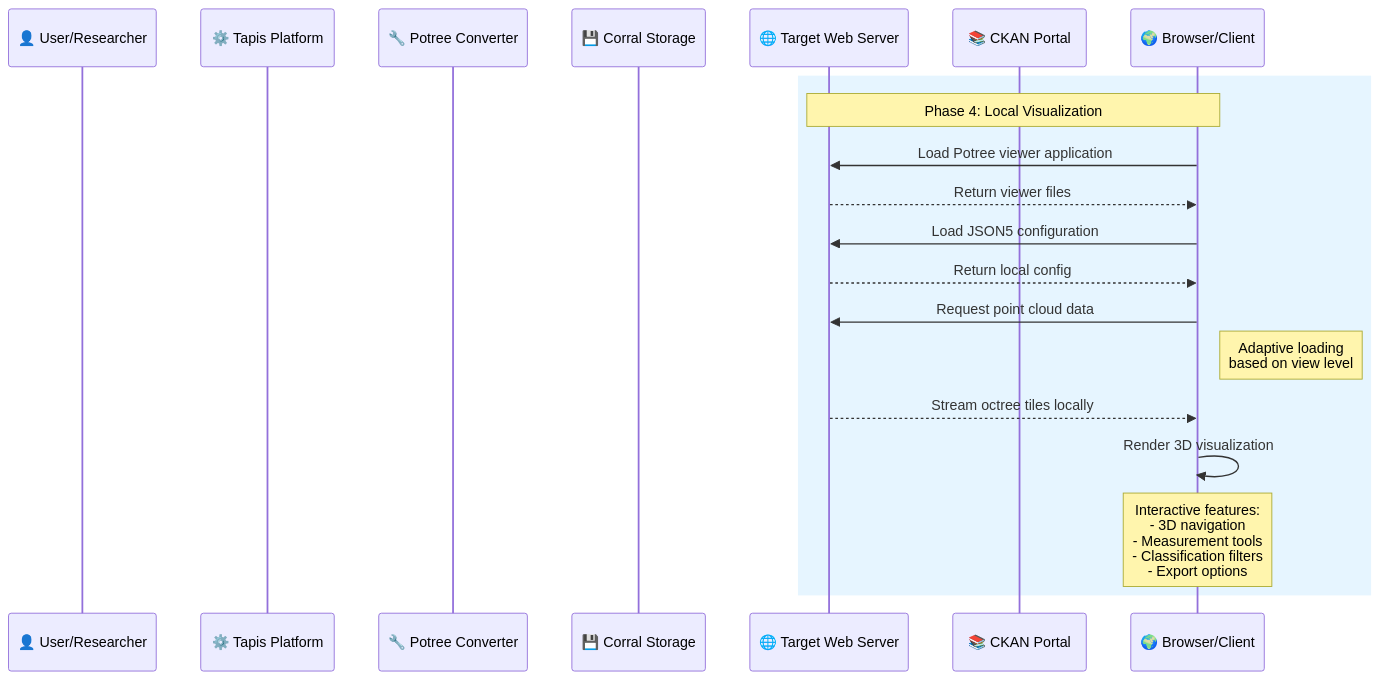
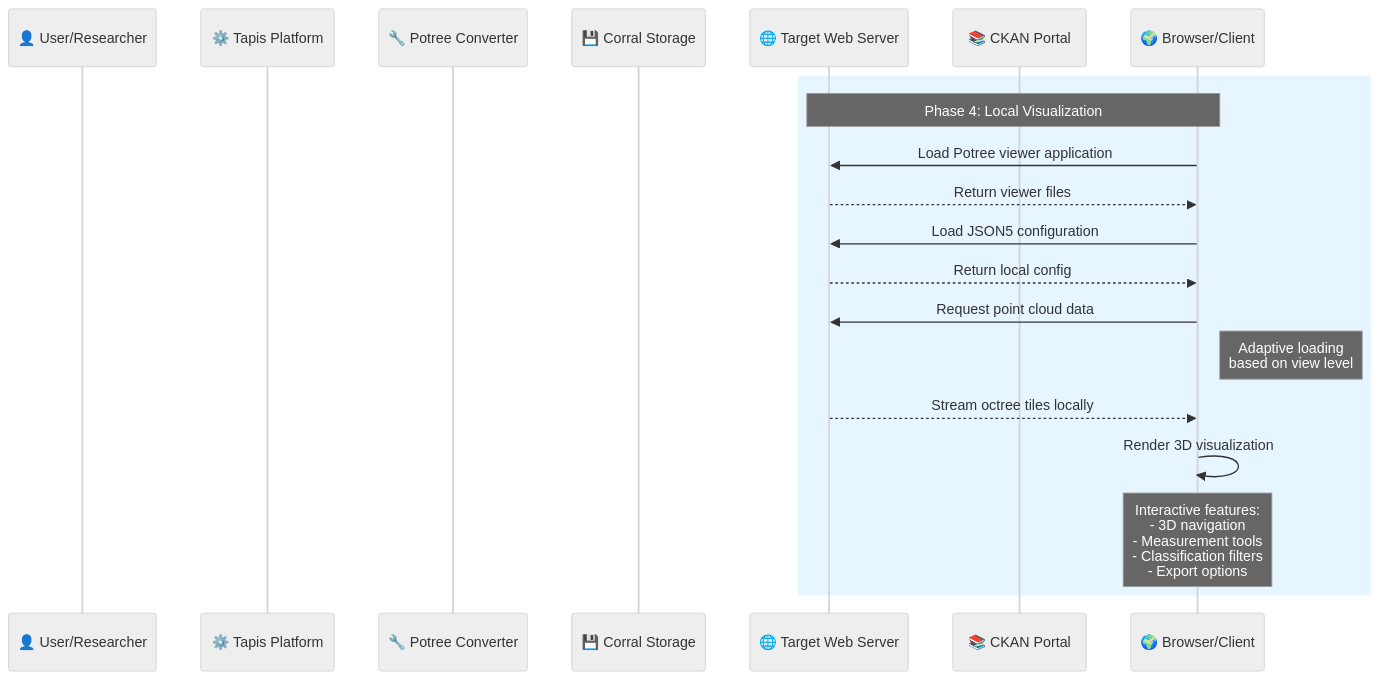
The fourth of 5 diagrams in README-pipeline.md (In-For-Disaster-Analytics/potree), drawn with Mermaid before and after one commit. The commit also changed other lines of this file, not shown here.

````diff
--- a/README-pipeline.md
+++ b/README-pipeline.md
@@ -263,29 +263,29 @@
 ```mermaid
-%%{ init : { "theme" : "neutral" }}}%%
+%%{ init : { "theme" : "neutral", "themeVariables" : { "primaryColor" : "#fff", "primaryTextColor" : "#000", "primaryBorderColor" : "#000", "lineColor" : "#000", "secondaryColor" : "#f8f8f8", "tertiaryColor" : "#f0f0f0" }}}%%
 sequenceDiagram
     participant User as 👤 User/Researcher
     participant Tapis as ⚙️ Tapis Platform
     participant Potree as 🔧 Potree Converter
     participant Corral as 💾 Corral Storage
     participant Target as 🌐 Target Web Server
     participant CKAN as 📚 CKAN Portal
     participant Browser as 🌍 Browser/Client
 
     %% Visualization Phase
     rect rgb(230, 245, 255)
         Note over Browser,Target: Phase 4: Local Visualization
         Browser->>Target: Load Potree viewer application
         Target-->>Browser: Return viewer files
 
         Browser->>Target: Load JSON5 configuration
         Target-->>Browser: Return local config
 
         Browser->>Target: Request point cloud data
         Note right of Browser: Adaptive loading<br/>based on view level
 
         Target-->>Browser: Stream octree tiles locally
         Browser->>Browser: Render 3D visualization
 
         Note over Browser: Interactive features:<br/>- 3D navigation<br/>- Measurement tools<br/>- Classification filters<br/>- Export options
     end
 ```
````
